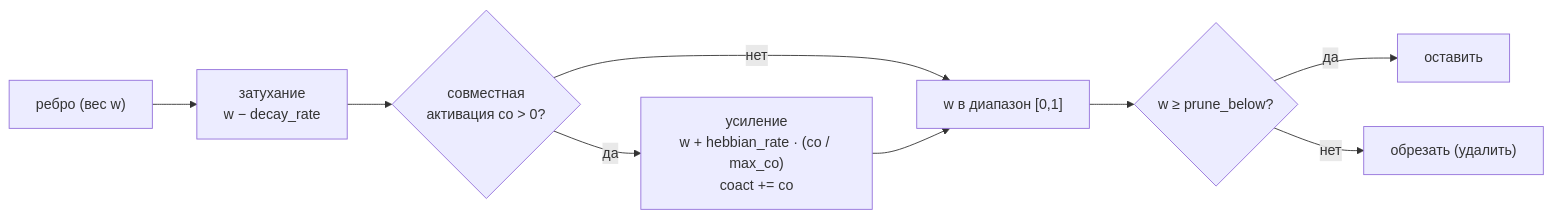
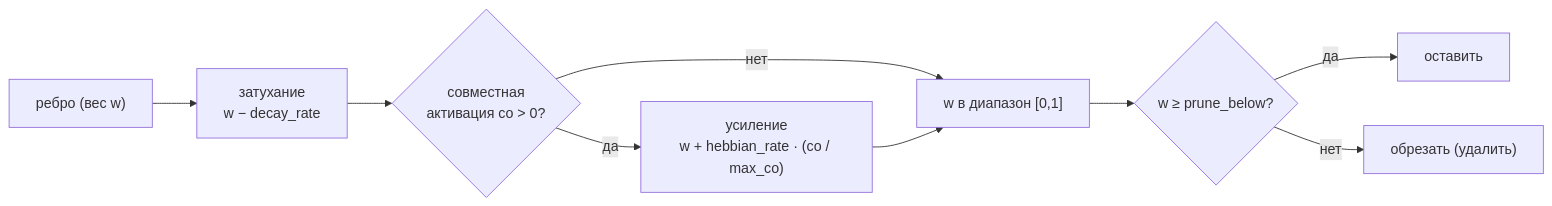
The second of 2 diagrams in docs/ru/architecture/07-consolidation.md (Kvazar123/llm-amg), drawn with Mermaid before and after one commit. The commit also changed other lines of this file and 5 other files, not shown here.

First line of the commit message:
docs(consolidation): sync THEORY/07/09/GUIDE with stage 3; compact roadmap

````diff
--- a/docs/ru/architecture/07-consolidation.md
+++ b/docs/ru/architecture/07-consolidation.md
@@ -25,11 +29,11 @@
 ```mermaid
 flowchart LR
     E["ребро (вес w)"] --> D["затухание<br/>w − decay_rate"]
     D --> H{совместная<br/>активация co > 0?}
-    H -->|да| R["усиление<br/>w + hebbian_rate · (co / max_co)<br/>coact += co"]
+    H -->|да| R["усиление<br/>w + hebbian_rate · (co / max_co)"]
     H -->|нет| C["w в диапазон [0,1]"]
     R --> C
     C --> PR{w ≥ prune_below?}
     PR -->|да| K["оставить"]
     PR -->|нет| X["обрезать (удалить)"]
 ```
````
